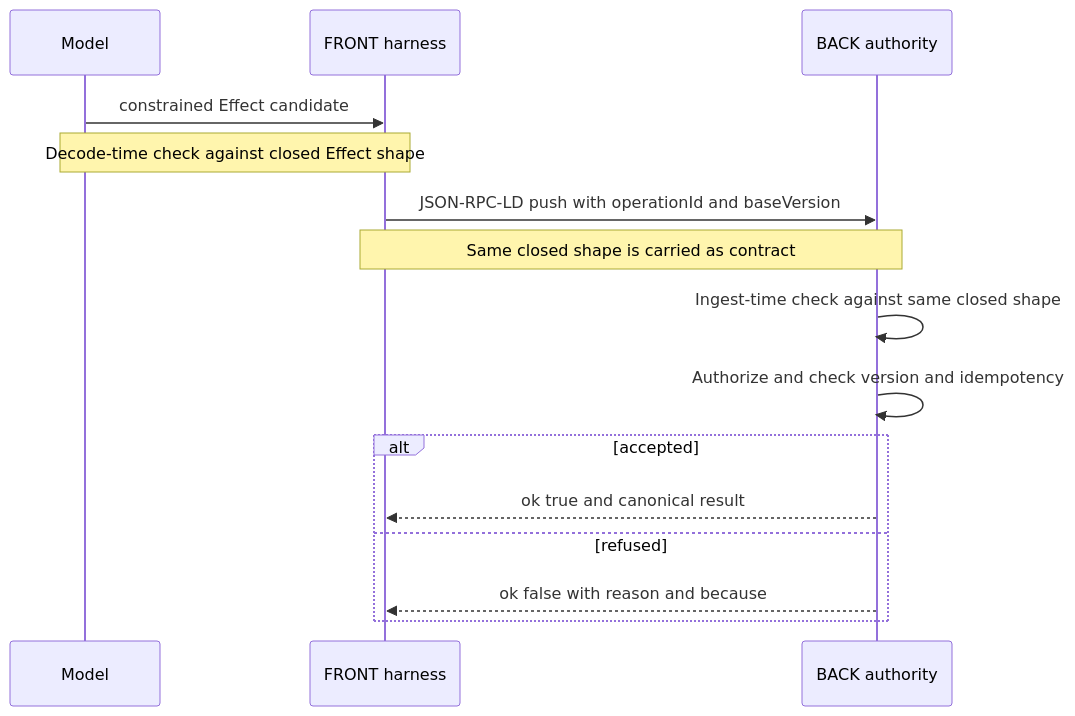
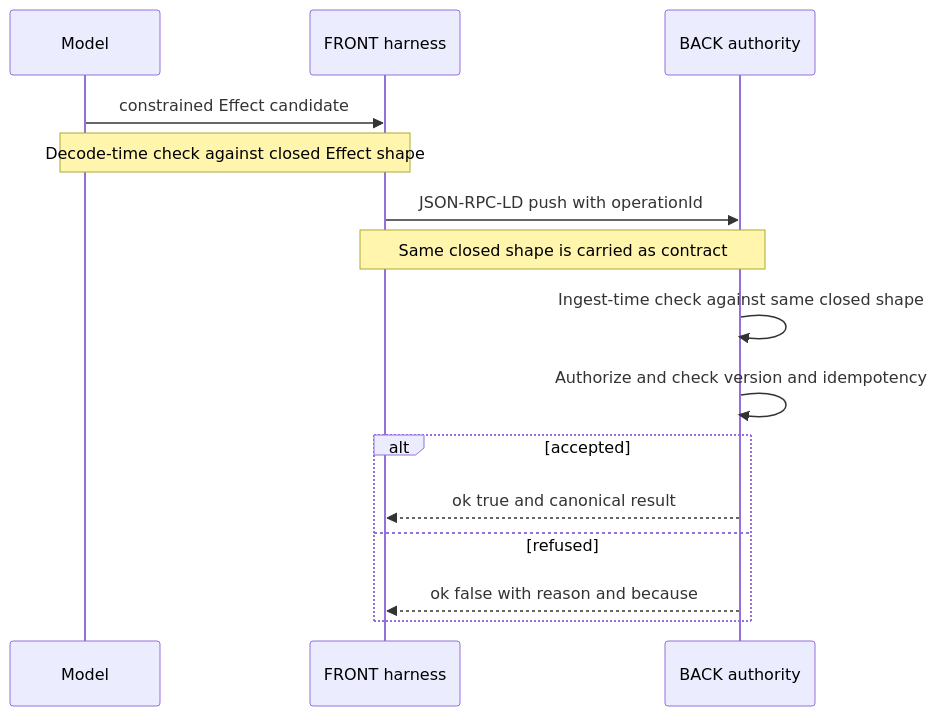
The third of 3 diagrams in docs/profile-2-for-nooa-developers.md (laquereric/magentic-stack), drawn with Mermaid before and after one commit. The commit also changed other lines of this file and 4 other files, not shown here.

````diff
--- a/docs/profile-2-for-nooa-developers.md
+++ b/docs/profile-2-for-nooa-developers.md
@@ -158,17 +153,17 @@
 ```mermaid
 sequenceDiagram
   participant M as Model
   participant F as FRONT harness
   participant B as BACK authority
   M->>F: constrained Effect candidate
   Note over M,F: Decode-time check against closed Effect shape
-  F->>B: JSON-RPC-LD push with operationId and baseVersion
+  F->>B: JSON-RPC-LD push with operationId
   Note over F,B: Same closed shape is carried as contract
   B->>B: Ingest-time check against same closed shape
   B->>B: Authorize and check version and idempotency
   alt accepted
     B-->>F: ok true and canonical result
   else refused
     B-->>F: ok false with reason and because
   end
 ```
````
